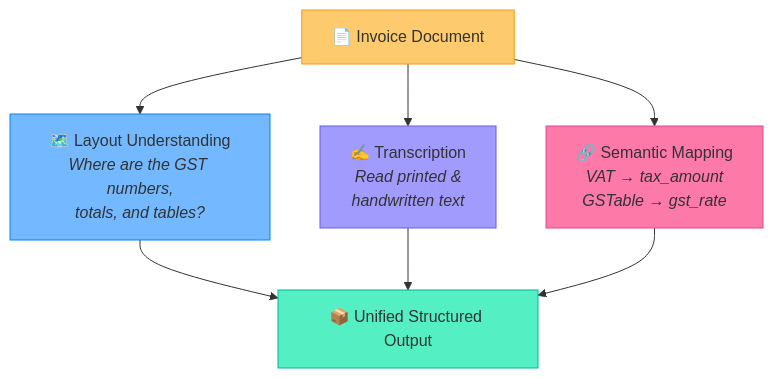
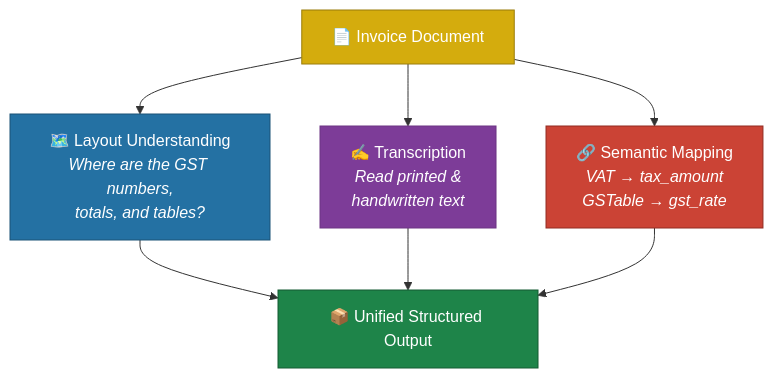
Before and after one commit to KJCREATOR/VYOMEXTRACT: the fifth of 12 diagrams in README.md, drawn with Mermaid. The commit also changed other lines of this file, not shown here.

````diff
--- a/README.md
+++ b/README.md
@@ -227,20 +230,20 @@
 ```mermaid
 graph TD
     DOC["📄 Invoice Document"] --> A1
     DOC --> A2
     DOC --> A3
 
     A1["🗺️ Layout Understanding<br/><i>Where are the GST numbers,<br/>totals, and tables?</i>"]
     A2["✍️ Transcription<br/><i>Read printed &<br/>handwritten text</i>"]
     A3["🔗 Semantic Mapping<br/><i>VAT → tax_amount<br/>GSTable → gst_rate</i>"]
 
     A1 --> OUT["📦 Unified Structured Output"]
     A2 --> OUT
     A3 --> OUT
 
-    style DOC fill:#fdcb6e,stroke:#f39c12
-    style A1 fill:#74b9ff,stroke:#0984e3
-    style A2 fill:#a29bfe,stroke:#6c5ce7
-    style A3 fill:#fd79a8,stroke:#e84393
-    style OUT fill:#55efc4,stroke:#00b894
+    style DOC fill:#d4ac0d,stroke:#9a7d0a,color:#fff
+    style A1 fill:#2471a3,stroke:#1a5276,color:#fff
+    style A2 fill:#7d3c98,stroke:#6c3483,color:#fff
+    style A3 fill:#cb4335,stroke:#922b21,color:#fff
+    style OUT fill:#1e8449,stroke:#145a32,color:#fff
 ```
````
